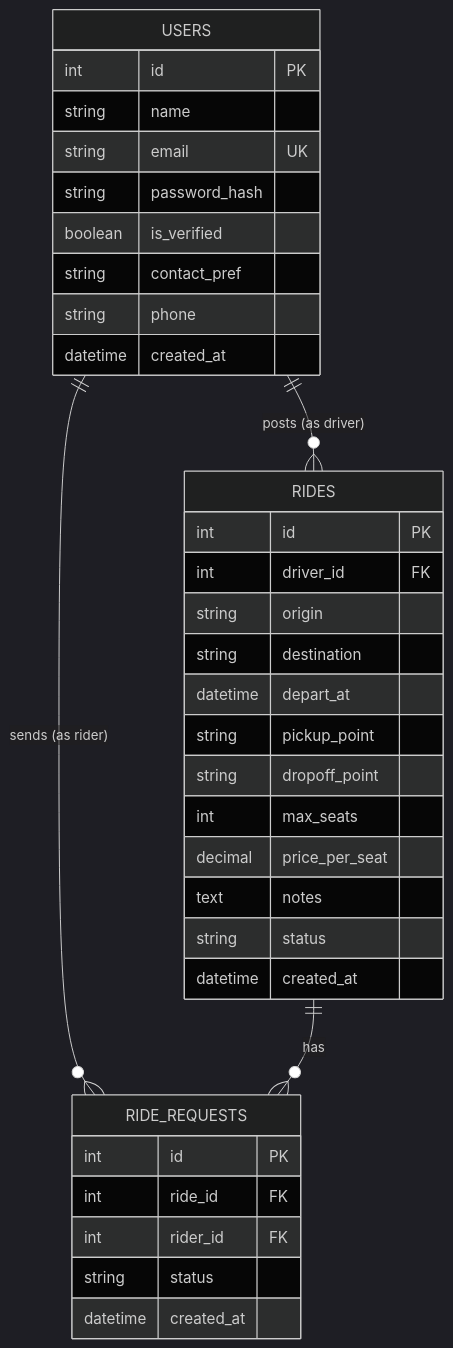
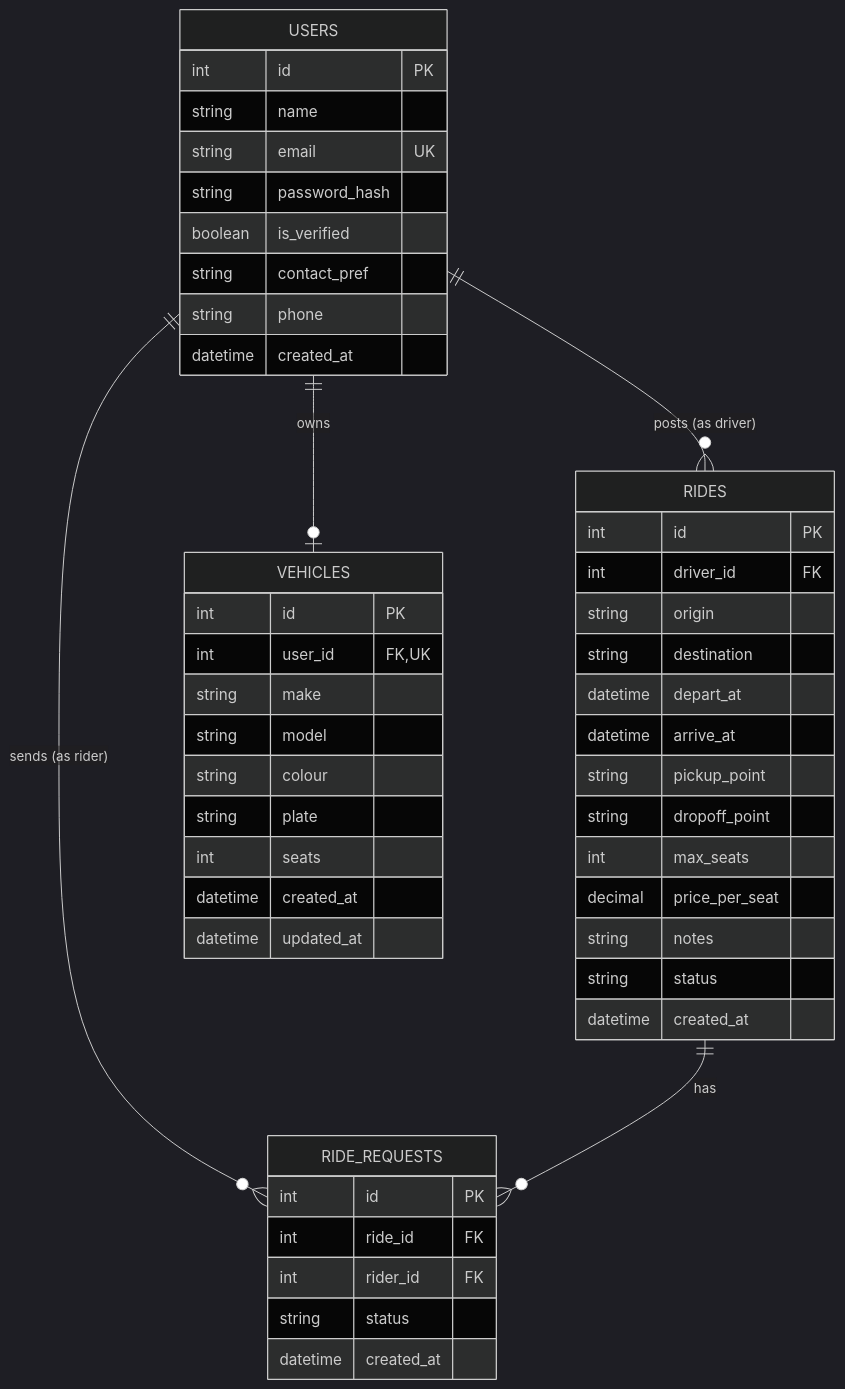
One commit to sabrinajlee/campus-carpool changed the diagram in docs/erd.md. Above: the diagram before and after it, drawn with Mermaid (dark theme). The commit also changed other lines of this file and 4 other files, not shown here.

First line of the commit message:
feat: fix database schema for posting rides

````diff
--- a/docs/erd.md
+++ b/docs/erd.md
@@ -5,40 +5,54 @@
 ```mermaid
 erDiagram
     USERS ||--o{ RIDES : "posts (as driver)"
     USERS ||--o{ RIDE_REQUESTS : "sends (as rider)"
     RIDES ||--o{ RIDE_REQUESTS : has
+    USERS ||--o| VEHICLES : owns
 
     USERS {
         int id PK
         string name
         string email UK
         string password_hash
         boolean is_verified
         string contact_pref
         string phone
         datetime created_at
     }
 
     RIDES {
         int id PK
         int driver_id FK
         string origin
         string destination
         datetime depart_at
+        datetime arrive_at
         string pickup_point
         string dropoff_point
         int max_seats
         decimal price_per_seat
-        text notes
+        string notes
         string status
         datetime created_at
     }
 
     RIDE_REQUESTS {
         int id PK
         int ride_id FK
         int rider_id FK
         string status
         datetime created_at
     }
+
+    VEHICLES {
+        int id PK
+        int user_id FK, UK
+        string make
+        string model
+        string colour
+        string plate
+        int seats
+        datetime created_at
+        datetime updated_at
+    }
 ```
````
